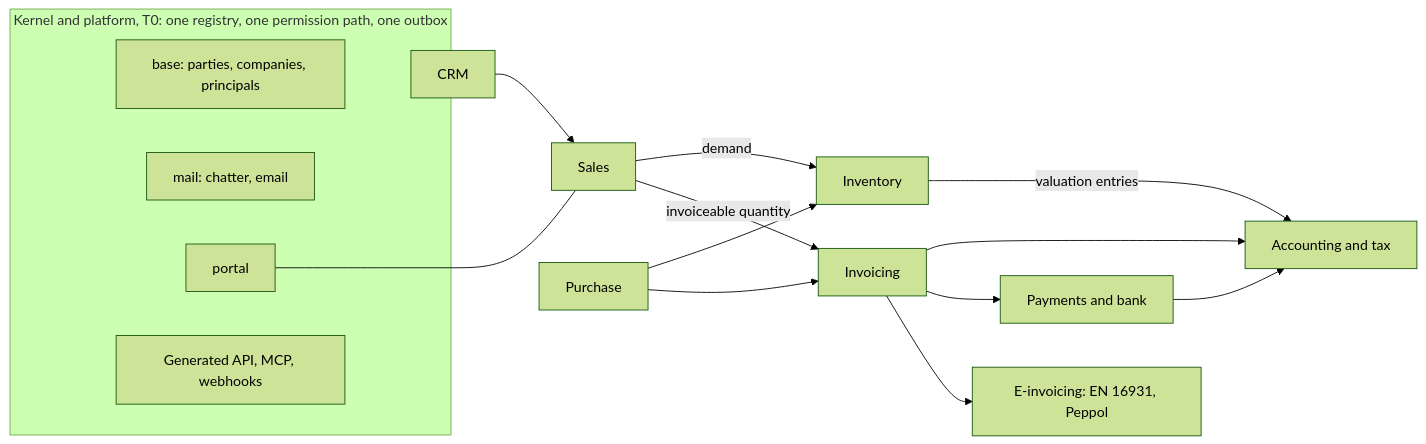
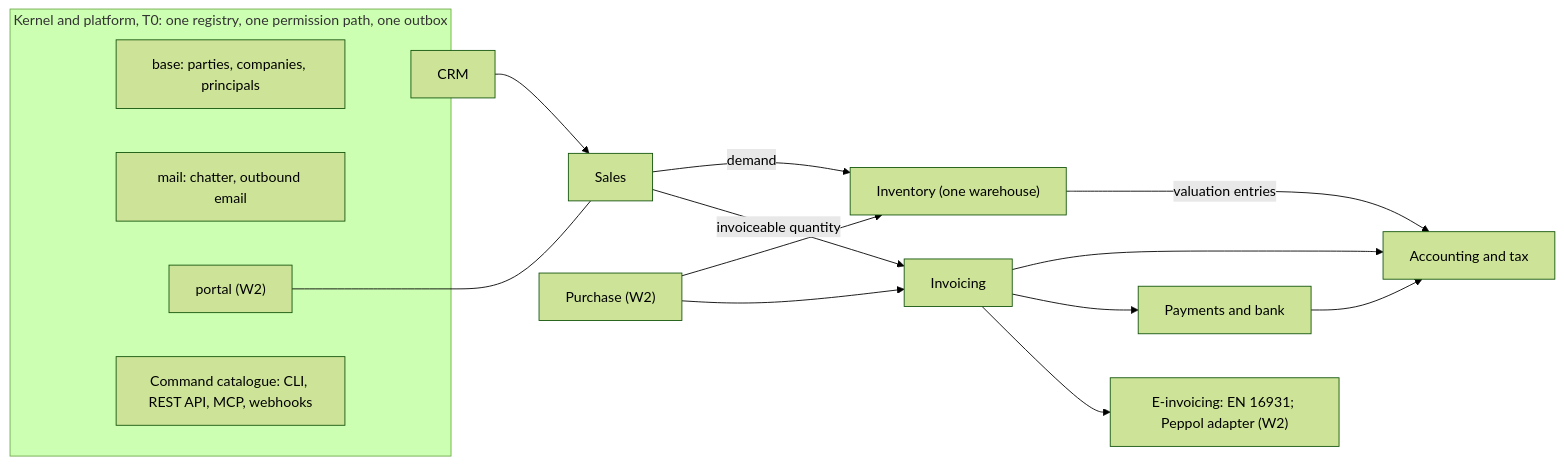
The diagram in docs/PRODUCT.md (SpaceCorps/obop), drawn with Mermaid (forest theme) before and after one commit. The commit also changed other lines of this file and 8 other files, not shown here.

````diff
--- a/docs/PRODUCT.md
+++ b/docs/PRODUCT.md
@@ -177,21 +182,21 @@
 ```mermaid
 flowchart LR
   subgraph K["Kernel and platform, T0: one registry, one permission path, one outbox"]
     base["base: parties, companies, principals"]
-    mail["mail: chatter, email"]
-    portal["portal"]
-    api["Generated API, MCP, webhooks"]
+    mail["mail: chatter, outbound email"]
+    portal["portal (W2)"]
+    api["Command catalogue: CLI, REST API, MCP, webhooks"]
   end
   crm["CRM"] --> sales["Sales"]
-  sales -->|"demand"| stock["Inventory"]
-  purchase["Purchase"] --> stock
+  sales -->|"demand"| stock["Inventory (one warehouse)"]
+  purchase["Purchase (W2)"] --> stock
   sales -->|"invoiceable quantity"| inv["Invoicing"]
   purchase --> inv
   inv --> acc["Accounting and tax"]
   stock -->|"valuation entries"| acc
   inv --> pay["Payments and bank"]
   pay --> acc
-  inv --> edi["E-invoicing: EN 16931, Peppol"]
+  inv --> edi["E-invoicing: EN 16931; Peppol adapter (W2)"]
   portal --- sales
   K -.-> crm
 ```
````
